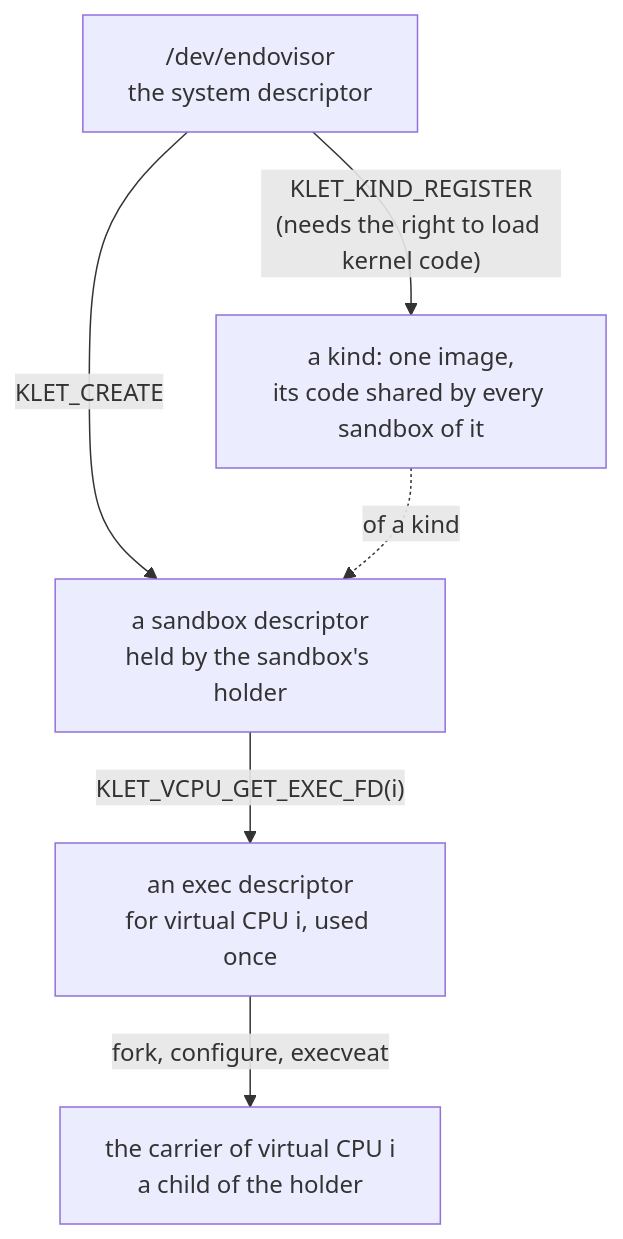
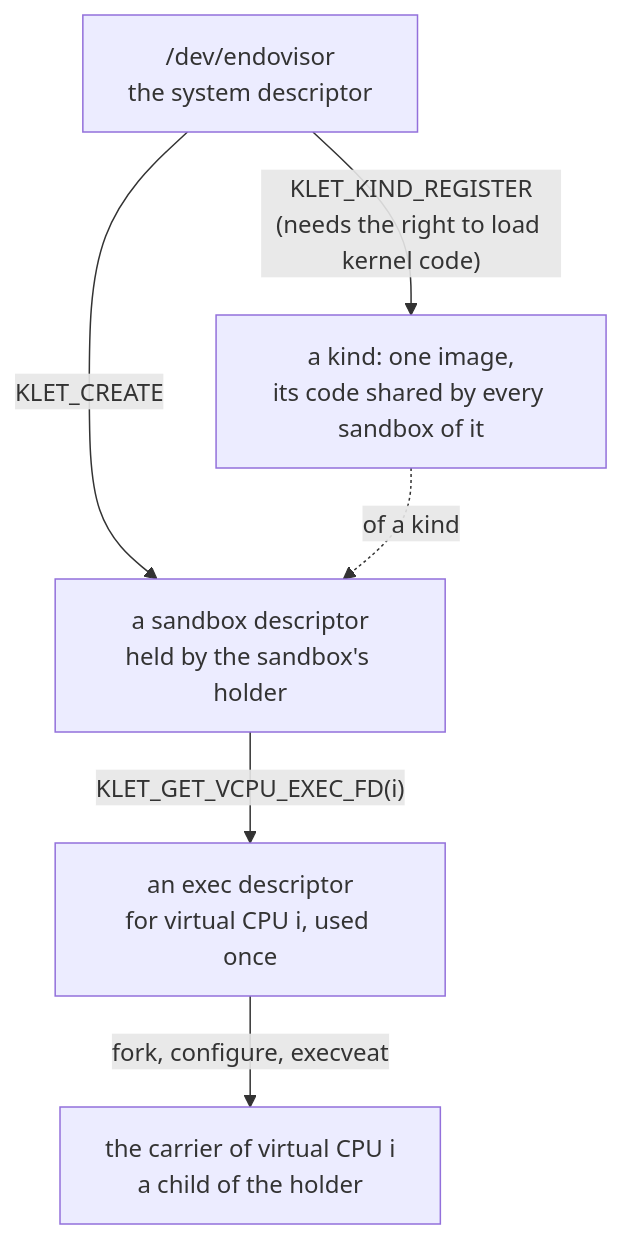
The diagram in src/the-endovisor-uapi.md (Plucky923/kernelet), drawn with Mermaid before and after one commit. The commit also changed other lines of this file and 24 other files, not shown here.

````diff
--- a/src/the-endovisor-uapi.md
+++ b/src/the-endovisor-uapi.md
@@ -162,8 +161,8 @@
 ```mermaid
 flowchart TB
     dev["/dev/endovisor<br/>the system descriptor"] -- "KLET_CREATE" --> sandbox_fd["a sandbox descriptor<br/>held by the sandbox's holder"]
     dev -- "KLET_KIND_REGISTER<br/>(needs the right to load kernel code)" --> kind["a kind: one image,<br/>its code shared by every sandbox of it"]
     kind -. "of a kind" .-> sandbox_fd
-    sandbox_fd -- "KLET_VCPU_GET_EXEC_FD(i)" --> ex["an exec descriptor<br/>for virtual CPU i, used once"]
+    sandbox_fd -- "KLET_GET_VCPU_EXEC_FD(i)" --> ex["an exec descriptor<br/>for virtual CPU i, used once"]
     ex -- "fork, configure, execveat" --> car["the carrier of virtual CPU i<br/>a child of the holder"]
 ```
````
